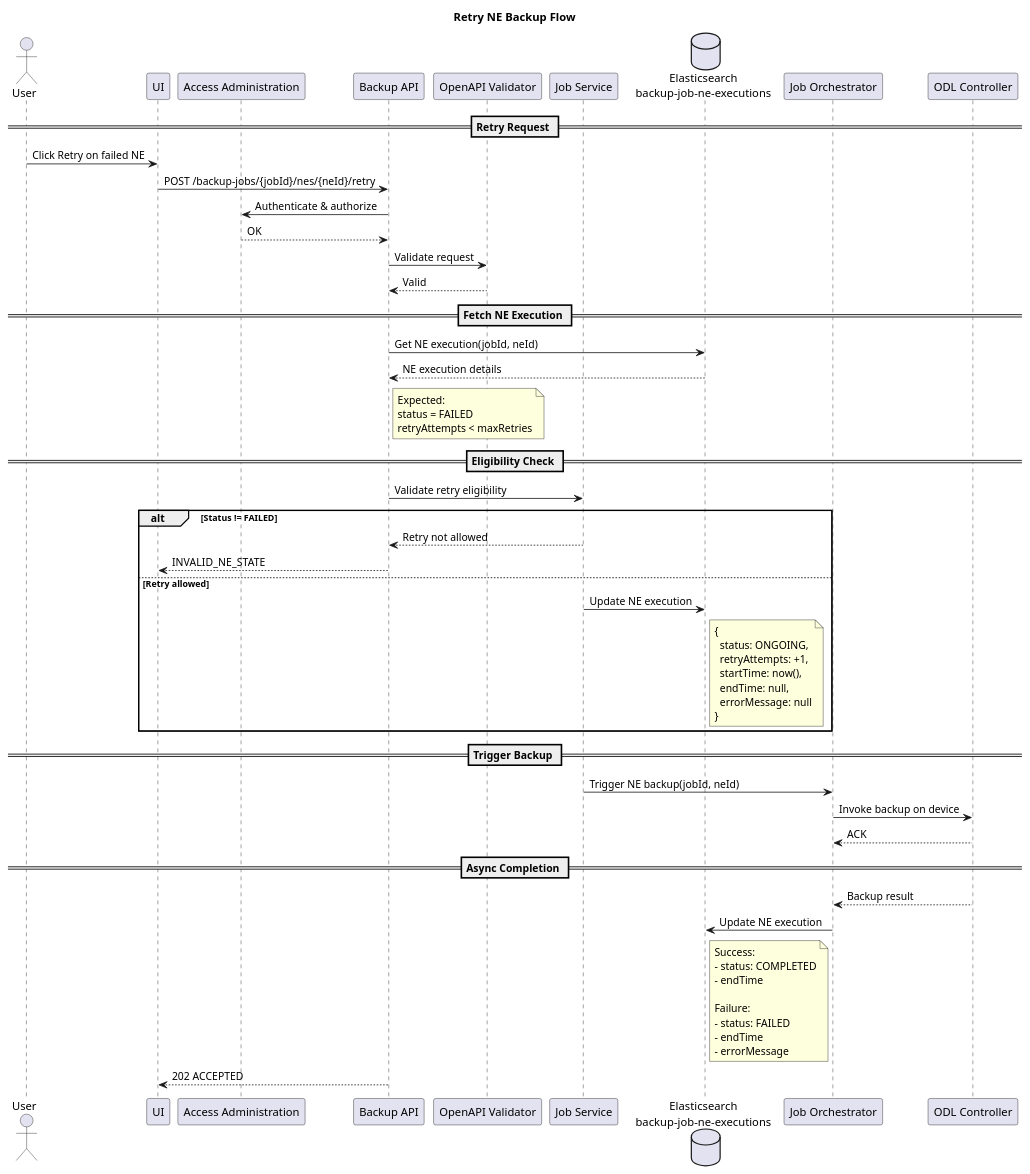
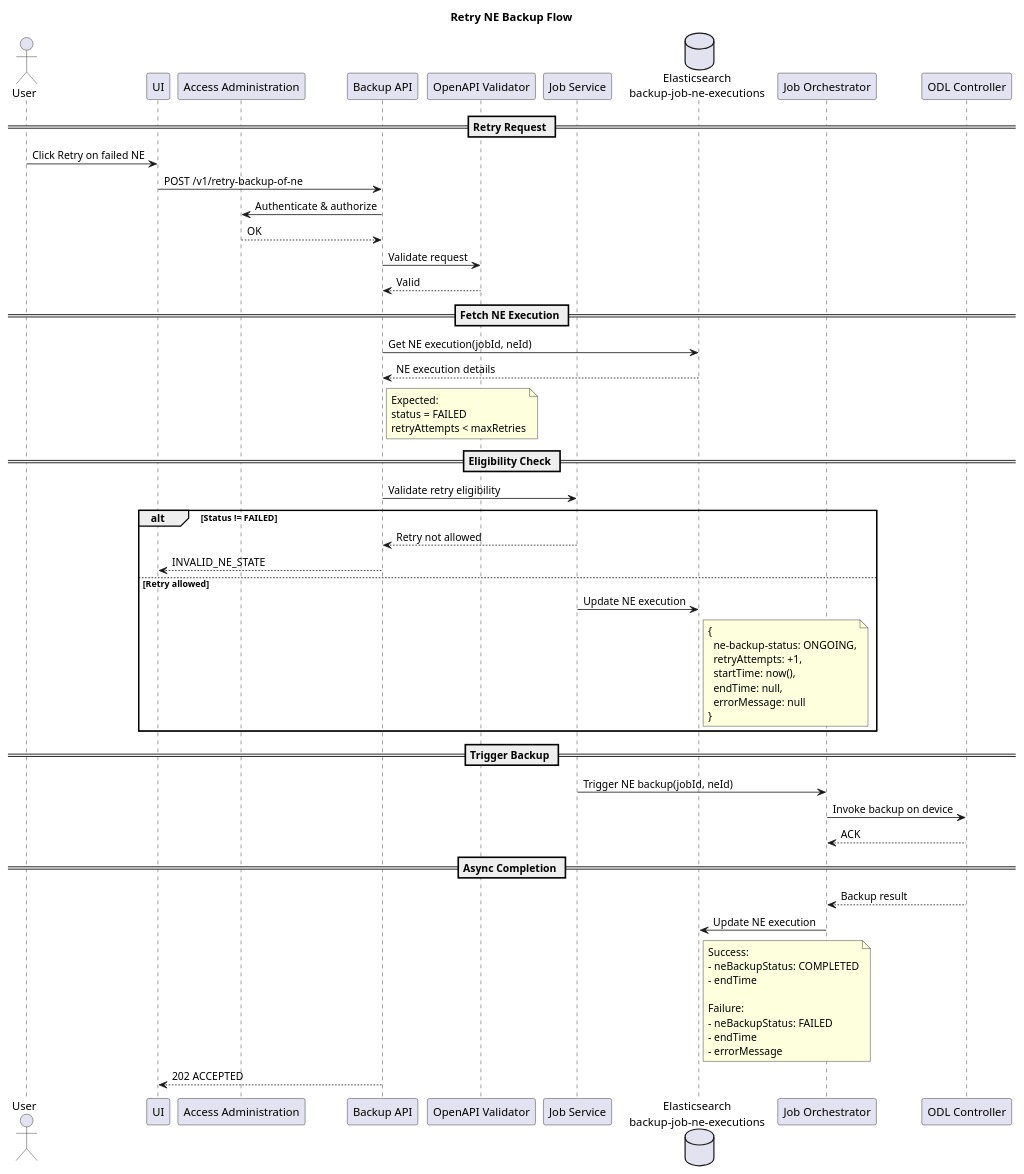
The diagram in spec/diagrams/RetryBackupForNE/RetryBackupForNEPlantuml.plantuml (openBackhaul/_BackupAndRestore), drawn with PlantUML before and after one commit. The commit also changed 17 other files, not shown here.

Commit message:
Modify Diagrams

```diff
--- a/spec/diagrams/RetryBackupForNE/RetryBackupForNEPlantuml.plantuml
+++ b/spec/diagrams/RetryBackupForNE/RetryBackupForNEPlantuml.plantuml
@@ -1,79 +1,79 @@
 @startuml
 title Retry NE Backup Flow
 
 actor User
 participant UI
 participant "Access Administration" as Auth
 participant "Backup API" as API
 participant "OpenAPI Validator" as OAV
 participant "Job Service" as Service
 database "Elasticsearch\nbackup-job-ne-executions" as ES_NE
 participant "Job Orchestrator" as Orchestrator
 participant "ODL Controller" as ODL
 
 == Retry Request ==
 
 User -> UI : Click Retry on failed NE
-UI -> API : POST /backup-jobs/{jobId}/nes/{neId}/retry
+UI -> API : POST /v1/retry-backup-of-ne
 
 API -> Auth : Authenticate & authorize
 Auth --> API : OK
 
 API -> OAV : Validate request
 OAV --> API : Valid
 
 == Fetch NE Execution ==
 
 API -> ES_NE : Get NE execution(jobId, neId)
 ES_NE --> API : NE execution details
 
 note right of API
 Expected:
 status = FAILED
 retryAttempts < maxRetries
 end note
 
 == Eligibility Check ==
 
 API -> Service : Validate retry eligibility
 
 alt Status != FAILED
   Service --> API : Retry not allowed
   API --> UI : INVALID_NE_STATE
 else Retry allowed
   Service -> ES_NE : Update NE execution
   note right of ES_NE
   {
-    status: ONGOING,
+    ne-backup-status: ONGOING,
     retryAttempts: +1,
     startTime: now(),
     endTime: null,
     errorMessage: null
   }
   end note
 end
 
 == Trigger Backup ==
 
 Service -> Orchestrator : Trigger NE backup(jobId, neId)
 Orchestrator -> ODL : Invoke backup on device
 ODL --> Orchestrator : ACK
 
 == Async Completion ==
 
 ODL --> Orchestrator : Backup result
 Orchestrator -> ES_NE : Update NE execution
 note right of ES_NE
 Success:
-- status: COMPLETED
+- neBackupStatus: COMPLETED
 - endTime
 
 Failure:
-- status: FAILED
+- neBackupStatus: FAILED
 - endTime
 - errorMessage
 end note
 
 API --> UI : 202 ACCEPTED
 
 @enduml
```
